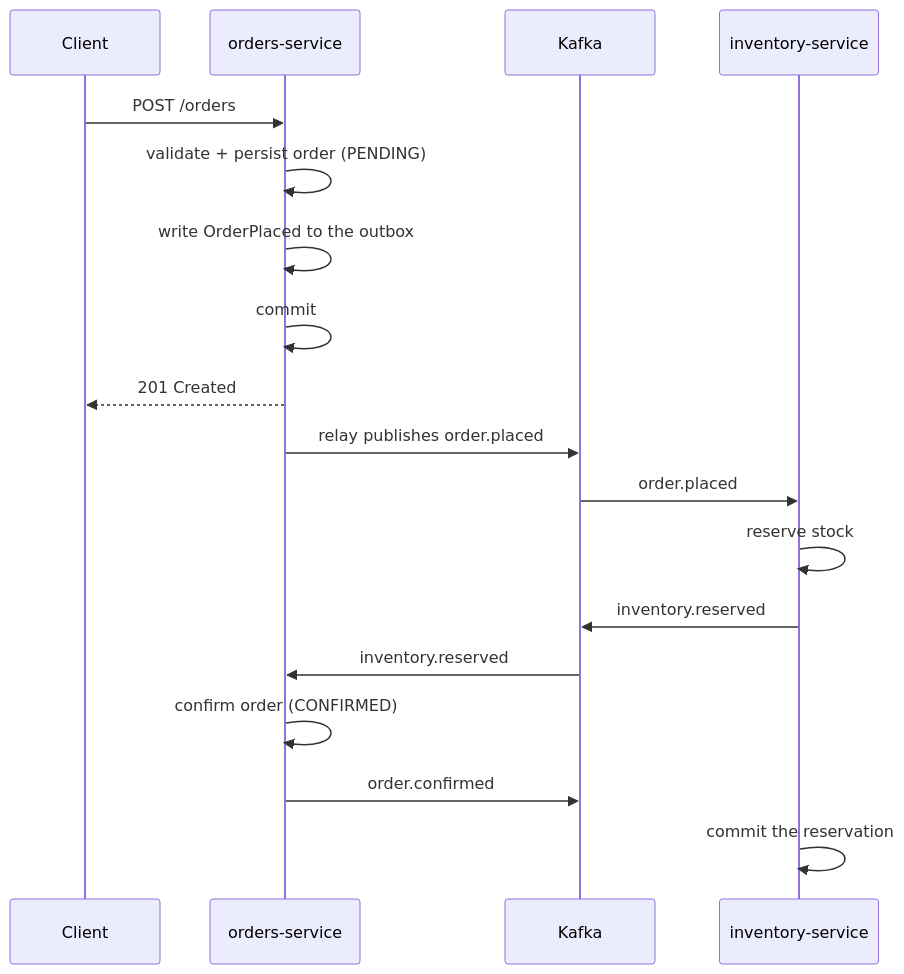
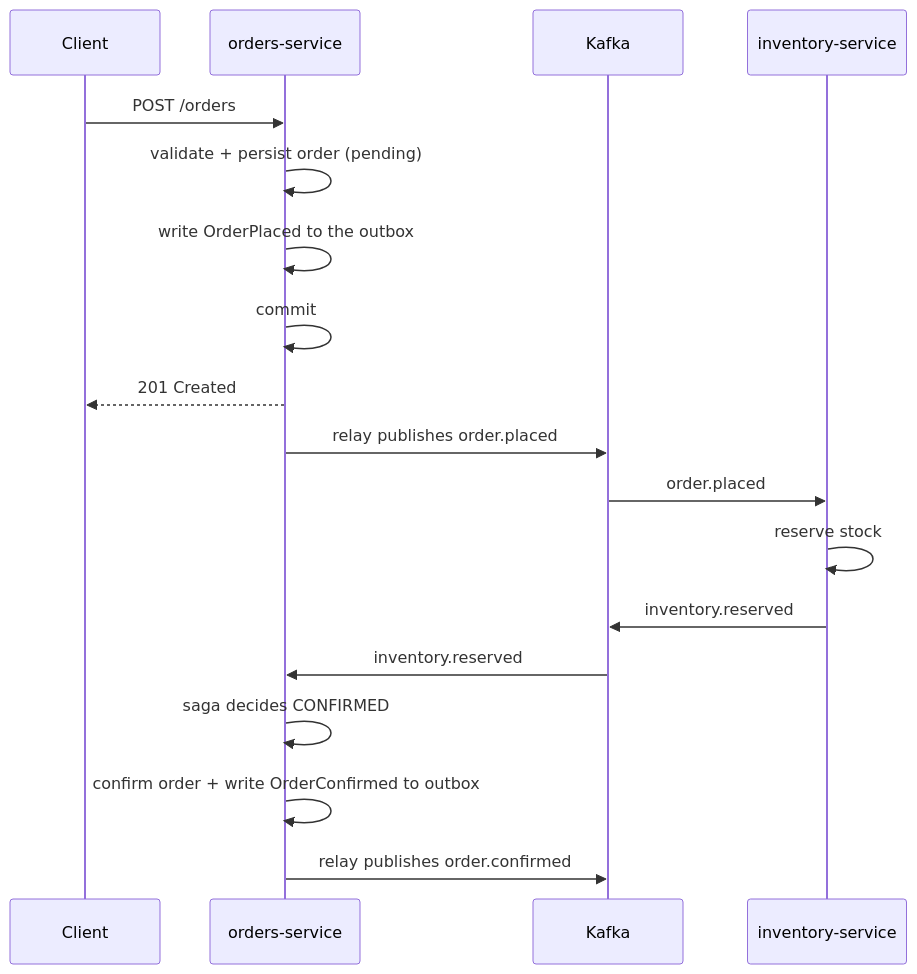
One commit to jorgecbr/commerce-platform changed the second of 2 diagrams in README.md. Above: the diagram before and after it, drawn with Mermaid. The commit also changed other lines of this file and 21 other files, not shown here.

````diff
--- a/README.md
+++ b/README.md
@@ -79,21 +85,21 @@
 ```mermaid
 sequenceDiagram
     participant C as Client
     participant O as orders-service
     participant K as Kafka
     participant I as inventory-service
 
     C->>O: POST /orders
-    O->>O: validate + persist order (PENDING)
+    O->>O: validate + persist order (pending)
     O->>O: write OrderPlaced to the outbox
     O->>O: commit
     O-->>C: 201 Created
     O->>K: relay publishes order.placed
     K->>I: order.placed
     I->>I: reserve stock
     I->>K: inventory.reserved
     K->>O: inventory.reserved
-    O->>O: confirm order (CONFIRMED)
-    O->>K: order.confirmed
-    I->>I: commit the reservation
+    O->>O: saga decides CONFIRMED
+    O->>O: confirm order + write OrderConfirmed to outbox
+    O->>K: relay publishes order.confirmed
 ```
````
